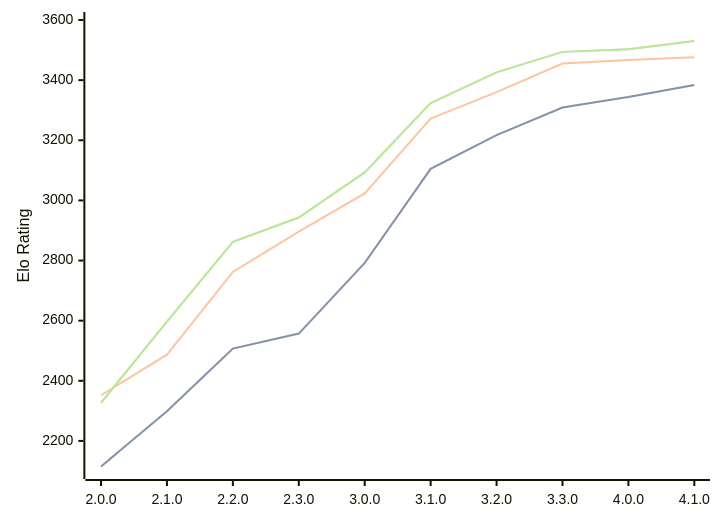
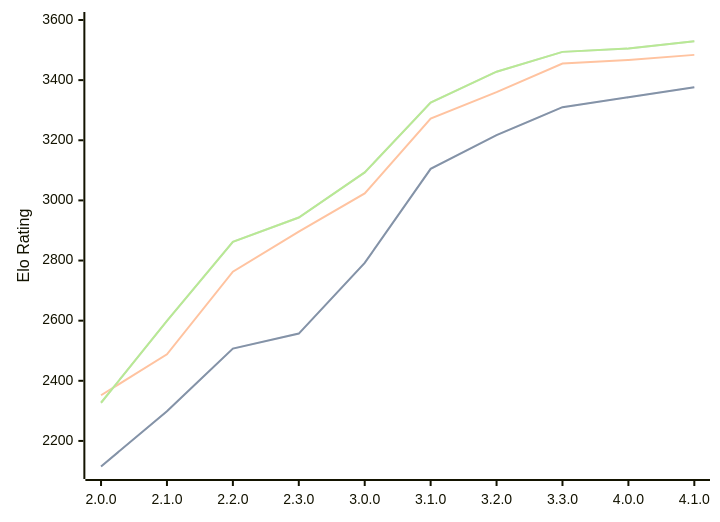
One commit to computer-chess-index/cci changed the diagram in engines/Raphael.md. Above: the diagram before and after it, drawn with Mermaid. The commit also changed other lines of this file, not shown here.

Commit message:
Update CCI Ratings (ELO VLTC) - 2026-05-21

````diff
--- a/engines/Raphael.md
+++ b/engines/Raphael.md
@@ -52,11 +52,11 @@
 ```mermaid
 %%{init: {"theme":"base","themeVariables":{"seriesColors:['#a3a3a3','#222221','#faa371']}}}%%
 xychart-beta
   x-axis ["2.0.0", "2.1.0", "2.2.0", "2.3.0", "3.0.0", "3.1.0", "3.2.0", "3.3.0", "4.0.0", "4.1.0"]
   y-axis "Elo Rating" 2100 --> 3600
-  line "STC (8.0+0.08s)" [2115, 2299, 2507, 2557, 2792, 3105, 3217, 3309, 3344, 3384]
-  line "STC (8.0+0.08s)" [2115, 2299, 2507, 2557, 2792, 3105, 3217, 3309, 3344, 3384]
-  line "LTC (60.0+0.60s)" [2352, 2487, 2762, 2896, 3023, 3272, 3360, 3455, 3467, 3476]
-  line "VLTC (2m24s+1.12s)" [2327, 2597, 2862, 2943, 3093, 3324, 3426, 3494, 3503, 3530]
-  line "VLTC (2m24s+1.12s)" [2327, 2597, 2862, 2943, 3093, 3324, 3426, 3494, 3503, 3530]
+  line "STC (8.0+0.08s)" [2115, 2299, 2507, 2557, 2792, 3105, 3217, 3310, 3343, 3376]
+  line "STC (8.0+0.08s)" [2115, 2299, 2507, 2557, 2792, 3105, 3217, 3310, 3343, 3376]
+  line "LTC (60.0+0.60s)" [2352, 2488, 2763, 2896, 3023, 3272, 3360, 3455, 3467, 3484]
+  line "VLTC (2m24s+1.12s)" [2327, 2599, 2862, 2943, 3093, 3325, 3428, 3494, 3505, 3529]
+  line "VLTC (2m24s+1.12s)" [2327, 2599, 2862, 2943, 3093, 3325, 3428, 3494, 3505, 3529]
 ```
````
